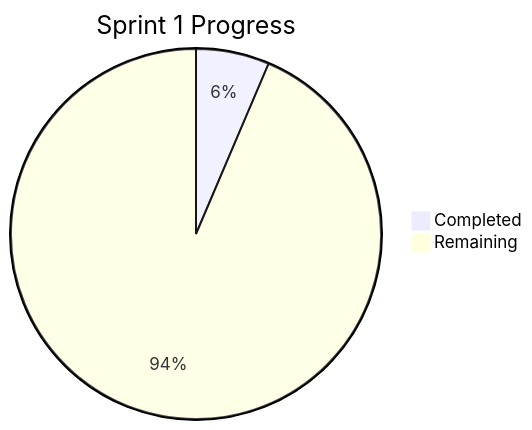
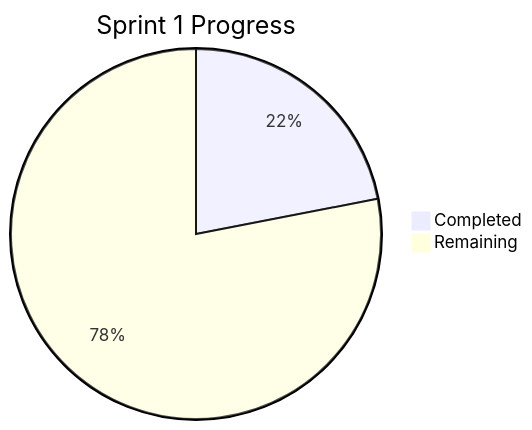
One commit to nerdpudding/pptx_poc changed the diagram in Sprint1/DAILY_LOG.md. Above: the diagram before and after it, drawn with Mermaid. The commit also changed other lines of this file and 10 other files, not shown here.

````diff
--- a/Sprint1/DAILY_LOG.md
+++ b/Sprint1/DAILY_LOG.md
@@ -31,5 +31,5 @@
 ```mermaid
 pie title Sprint 1 Progress
-    "Completed" : 5
-    "Remaining" : 73
+    "Completed" : 18
+    "Remaining" : 64
 ```
````
